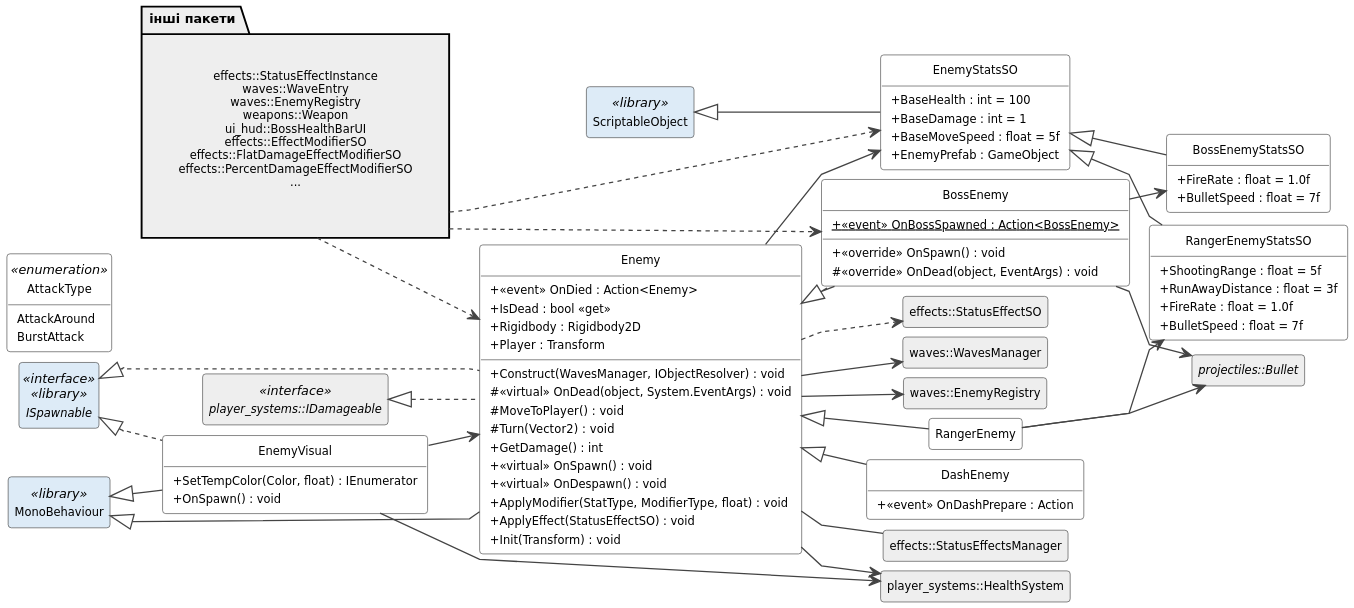
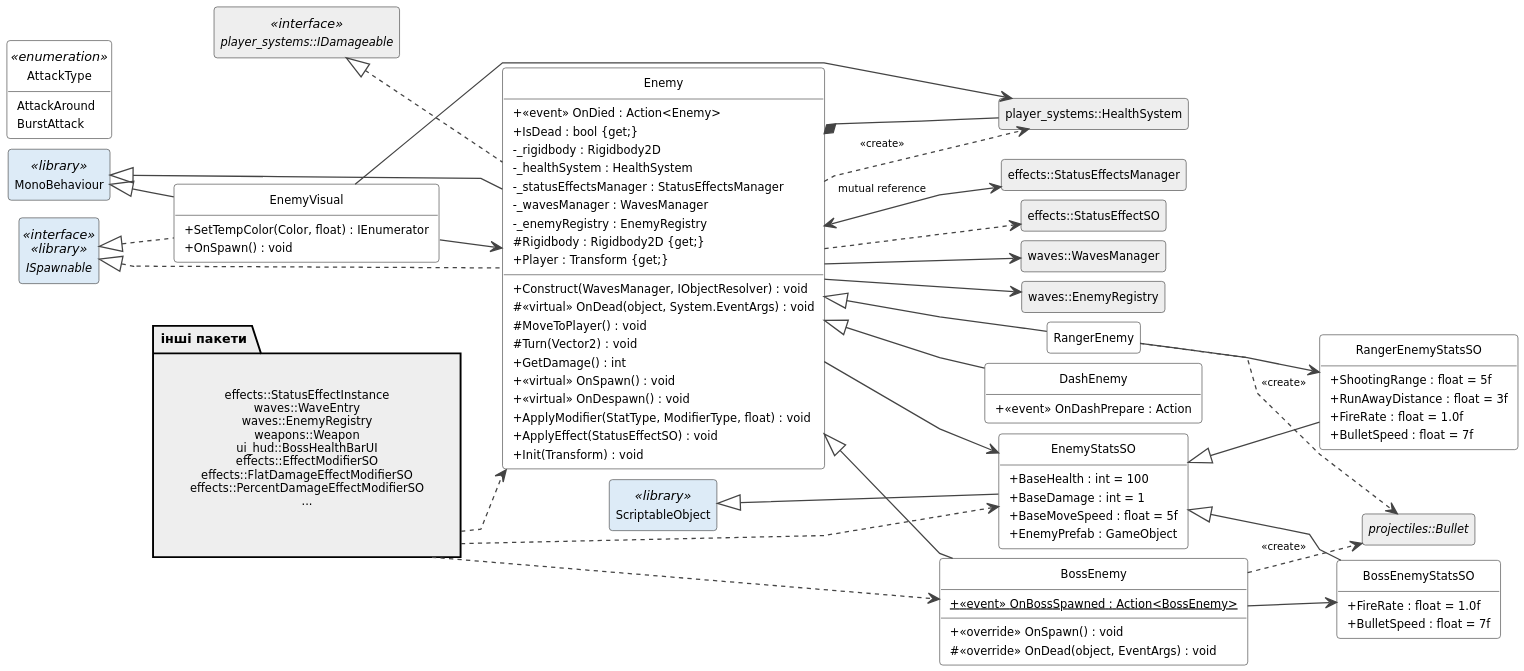
The diagram in Diagrams/Class/enemies.puml (Rot1k/Undead_Harvest), drawn with PlantUML before and after one commit. The commit also changed 138 other files, not shown here.

```diff
--- a/Diagrams/Class/enemies.puml
+++ b/Diagrams/Class/enemies.puml
@@ -1,121 +1,127 @@
 @startuml
 skinparam style strictuml
 skinparam classAttributeIconSize 0
 skinparam dpi 200
 skinparam shadowing false
 skinparam defaultFontName DejaVu Sans
 skinparam defaultFontSize 10
 skinparam classFontSize 10
 skinparam classAttributeFontSize 9
 skinparam stereotypeFontSize 8
 skinparam ranksep 16
 skinparam nodesep 8
 skinparam padding 2
 skinparam ClassBackgroundColor White
 skinparam ClassBorderColor #444444
 skinparam ArrowColor #444444
 skinparam ArrowFontSize 8
 skinparam linetype polyline
 skinparam class<<grp>> {
   BackgroundColor White
   BorderColor #444444
 }
 skinparam class<<names>> {
   BackgroundColor transparent
   BorderColor transparent
 }
 hide <<names>> stereotype
 hide <<grp>> stereotype
 hide circle
 left to right direction
 hide empty members
 
 class Enemy {
-  +  <<event>> OnDied : Action<Enemy>
-  + IsDead : bool <<get>>
-  + Rigidbody : Rigidbody2D
-  + Player : Transform
+  + <<event>> OnDied : Action<Enemy>
+  + IsDead : bool {get;}
+  - _rigidbody : Rigidbody2D
+  - _healthSystem : HealthSystem
+  - _statusEffectsManager : StatusEffectsManager
+  - _wavesManager : WavesManager
+  - _enemyRegistry : EnemyRegistry
+  # Rigidbody : Rigidbody2D {get;}
+  + Player : Transform {get;}
   + Construct(WavesManager, IObjectResolver) : void
   # <<virtual>> OnDead(object, System.EventArgs) : void
   # MoveToPlayer() : void
   # Turn(Vector2) : void
   + GetDamage() : int
   + <<virtual>> OnSpawn() : void
   + <<virtual>> OnDespawn() : void
   + ApplyModifier(StatType, ModifierType, float) : void
   + ApplyEffect(StatusEffectSO) : void
   + Init(Transform) : void
 }
 class BossEnemy {
   + {static}  <<event>> OnBossSpawned : Action<BossEnemy>
   + <<override>> OnSpawn() : void
   # <<override>> OnDead(object, EventArgs) : void
 }
 class DashEnemy {
   +  <<event>> OnDashPrepare : Action
 }
 class RangerEnemy
 class EnemyVisual {
   + SetTempColor(Color, float) : IEnumerator
   + OnSpawn() : void
 }
 enum AttackType <<enumeration>> {
   AttackAround
   BurstAttack
 }
 class EnemyStatsSO {
   + BaseHealth : int = 100
   + BaseDamage : int = 1
   + BaseMoveSpeed : float = 5f
   + EnemyPrefab : GameObject
 }
 class BossEnemyStatsSO {
   + FireRate : float = 1.0f
   + BulletSpeed : float = 7f
 }
 class RangerEnemyStatsSO {
   + ShootingRange : float = 5f
   + RunAwayDistance : float = 3f
   + FireRate : float = 1.0f
   + BulletSpeed : float = 7f
 }
 interface "player_systems::IDamageable" as IDamageable <<interface>> #EEEEEE
 abstract class "projectiles::Bullet" as Bullet #EEEEEE
 class "player_systems::HealthSystem" as HealthSystem #EEEEEE
 class "effects::StatusEffectsManager" as StatusEffectsManager #EEEEEE
 class "effects::StatusEffectSO" as StatusEffectSO #EEEEEE
 class "waves::WavesManager" as WavesManager #EEEEEE
 class "waves::EnemyRegistry" as EnemyRegistry #EEEEEE
 class ScriptableObject <<library>> #DDEBF7
 class MonoBehaviour <<library>> #DDEBF7
 interface ISpawnable <<interface>> <<library>> #DDEBF7
 package "інші пакети" as IN_all #EEEEEE {
   class "effects::StatusEffectInstance\nwaves::WaveEntry\nwaves::EnemyRegistry\nweapons::Weapon\nui_hud::BossHealthBarUI\neffects::EffectModifierSO\neffects::FlatDamageEffectModifierSO\neffects::PercentDamageEffectModifierSO\n..." as IN_all_n <<names>>
 }
 EnemyStatsSO <|-- BossEnemyStatsSO
 ScriptableObject <|-- EnemyStatsSO
 EnemyStatsSO <|-- RangerEnemyStatsSO
 Enemy <|-- BossEnemy
 Enemy <|-- DashEnemy
 MonoBehaviour <|-- Enemy
 ISpawnable <|.. Enemy
 IDamageable <|.. Enemy
 MonoBehaviour <|-- EnemyVisual
 ISpawnable <|.. EnemyVisual
 Enemy <|-- RangerEnemy
 BossEnemy --> BossEnemyStatsSO
 Enemy --> EnemyStatsSO
 EnemyVisual --> Enemy
 RangerEnemy --> RangerEnemyStatsSO
-BossEnemy --> Bullet
-RangerEnemy --> Bullet
-Enemy --> HealthSystem
+BossEnemy ..> Bullet : <<create>>
+RangerEnemy ..> Bullet : <<create>>
+Enemy *-- HealthSystem
+Enemy ..> HealthSystem : <<create>>
 EnemyVisual --> HealthSystem
-Enemy -- StatusEffectsManager
+Enemy <--> StatusEffectsManager : mutual reference
 Enemy ..> StatusEffectSO
 Enemy --> WavesManager
 Enemy --> EnemyRegistry
 IN_all ..> Enemy
 IN_all ..> EnemyStatsSO
 IN_all ..> BossEnemy
 @enduml
```
